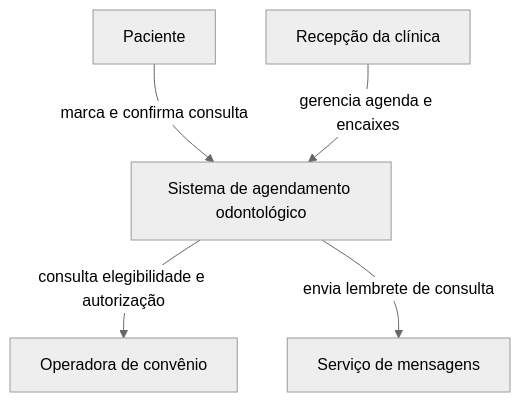
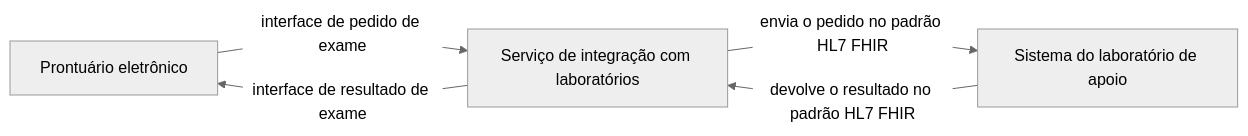
One commit to aulas-marco/projeto-arquitetura-software changed the first of 8 diagrams in docs/modulo-4-dominios-da-solucao/bloco-3-arquitetura-de-aplicacoes-e-integracao.md. Above: the diagram before and after it, drawn with Mermaid (neutral theme). The commit also changed other lines of this file and 43 other files, not shown here.

````diff
--- a/docs/modulo-4-dominios-da-solucao/bloco-3-arquitetura-de-aplicacoes-e-integracao.md
+++ b/docs/modulo-4-dominios-da-solucao/bloco-3-arquitetura-de-aplicacoes-e-integracao.md
@@ -54,13 +25,11 @@
 ```mermaid
-graph TD
-    PAC["Paciente"]
-    REC["Recepção da clínica"]
-    AGE["Sistema de agendamento odontológico"]
-    CONV["Operadora de convênio"]
-    SMS["Serviço de mensagens"]
+graph LR
+    PRO["Prontuário eletrônico"]
+    INT["Serviço de integração com laboratórios"]
+    LAB["Sistema do laboratório de apoio"]
 
-    PAC -->|"marca e confirma consulta"| AGE
-    REC -->|"gerencia agenda e encaixes"| AGE
-    AGE -->|"consulta elegibilidade e autorização"| CONV
-    AGE -->|"envia lembrete de consulta"| SMS
+    PRO -->|"interface de pedido de exame"| INT
+    INT -->|"envia o pedido no padrão HL7 FHIR"| LAB
+    LAB -->|"devolve o resultado no padrão HL7 FHIR"| INT
+    INT -->|"interface de resultado de exame"| PRO
 ```
````
